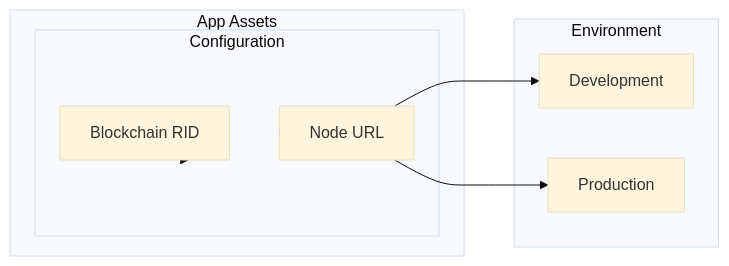
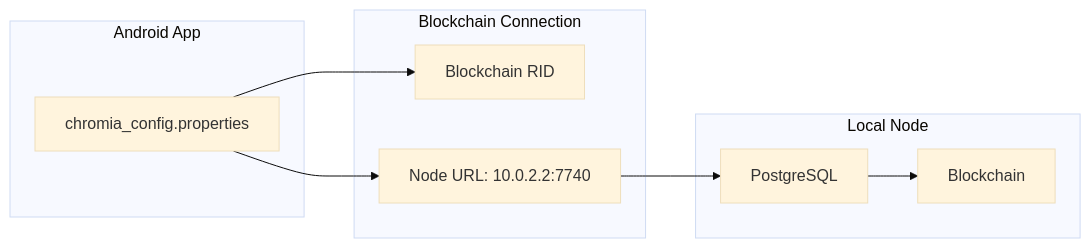
One commit to filiksyos/androidtodo changed the first of 8 diagrams in README.md. Above: the diagram before and after it, drawn with Mermaid (base theme). The commit also changed other lines of this file, not shown here.

````diff
--- a/README.md
+++ b/README.md
@@ -82,21 +82,21 @@
 ```mermaid
 flowchart LR
-    subgraph Assets[App Assets]
-        Config[config.properties]
+    subgraph Android[Android App]
+        Config[chromia_config.properties]
     end
 
-    subgraph Config[Configuration]
+    subgraph Connection[Blockchain Connection]
         BRID[Blockchain RID]
-        URL[Node URL]
+        URL[Node URL: 10.0.2.2:7740]
     end
 
-    subgraph Env[Environment]
-        Dev[Development]
-        Prod[Production]
+    subgraph Node[Local Node]
+        PG[PostgreSQL]
+        BC[Blockchain]
     end
 
     Config --> BRID
     Config --> URL
-    URL --> Dev
-    URL --> Prod
+    URL --> PG
+    PG --> BC
 ```
````
